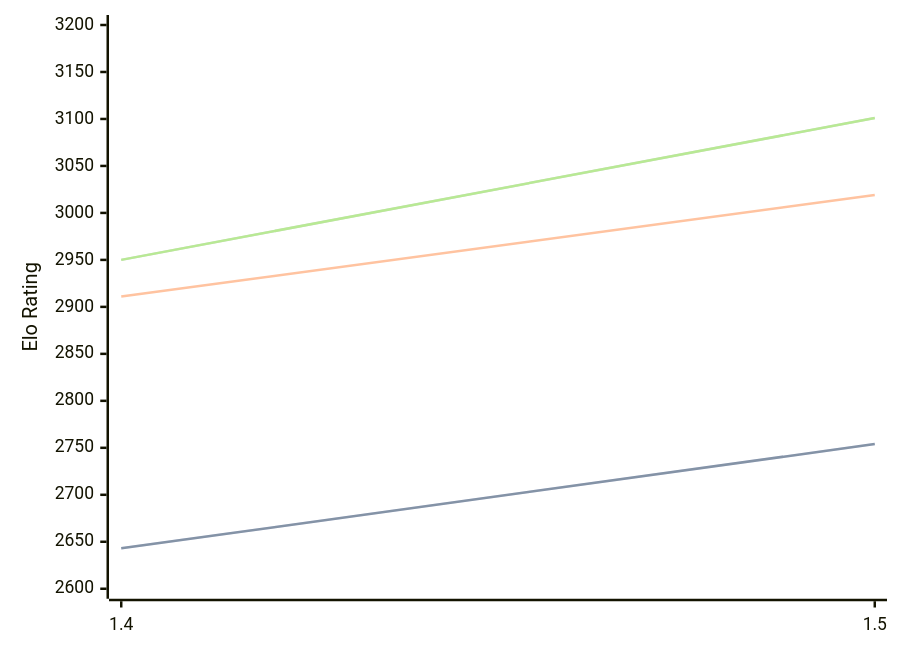
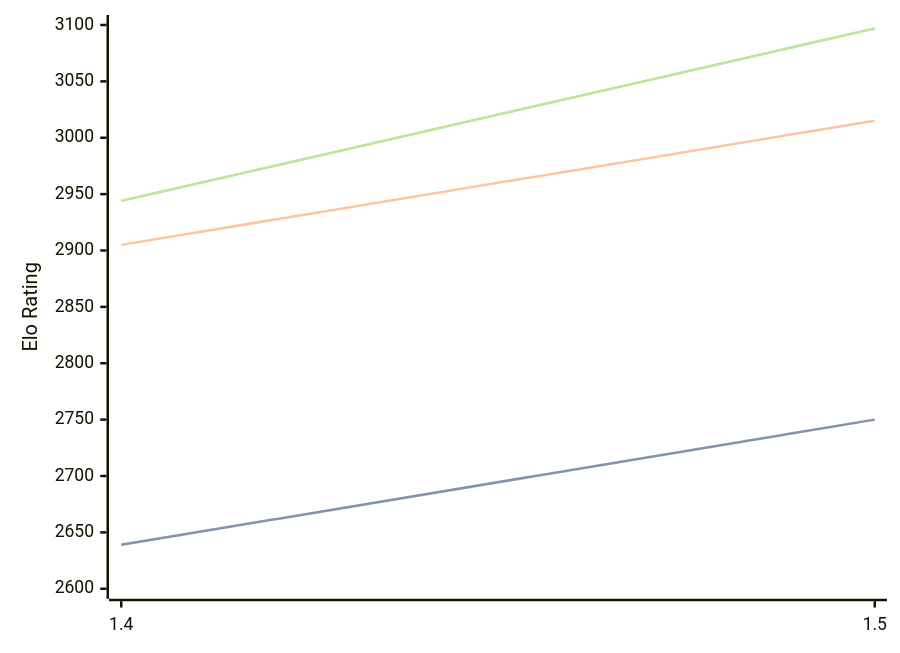
Before and after one commit to computer-chess-index/cci: the third of 3 diagrams in engines/Yakka.md, drawn with Mermaid. The commit also changed other lines of this file, not shown here.

Commit message:
Update CCI Ratings (ELO VLTC) - 2026-07-16

````diff
--- a/engines/Yakka.md
+++ b/engines/Yakka.md
@@ -69,11 +69,11 @@
 ```mermaid
 %%{init: {"theme":"base","themeVariables":{"seriesColors:['#a3a3a3','#222221','#faa371']}}}%%
 xychart-beta
   x-axis ["1.4", "1.5"]
-  y-axis "Elo Rating" 2600 --> 3200
-  line "STC (8.0+0.08s)" [2643, 2754]
-  line "STC (8.0+0.08s)" [2643, 2754]
-  line "LTC (60.0+0.60s)" [2911, 3019]
-  line "VLTC (2m24s+1.12s)" [2950, 3101]
-  line "VLTC (2m24s+1.12s)" [2950, 3101]
+  y-axis "Elo Rating" 2600 --> 3100
+  line "STC (8.0+0.08s)" [2639, 2750]
+  line "STC (8.0+0.08s)" [2639, 2750]
+  line "LTC (60.0+0.60s)" [2905, 3015]
+  line "VLTC (2m24s+1.12s)" [2944, 3097]
+  line "VLTC (2m24s+1.12s)" [2944, 3097]
 ```
````
